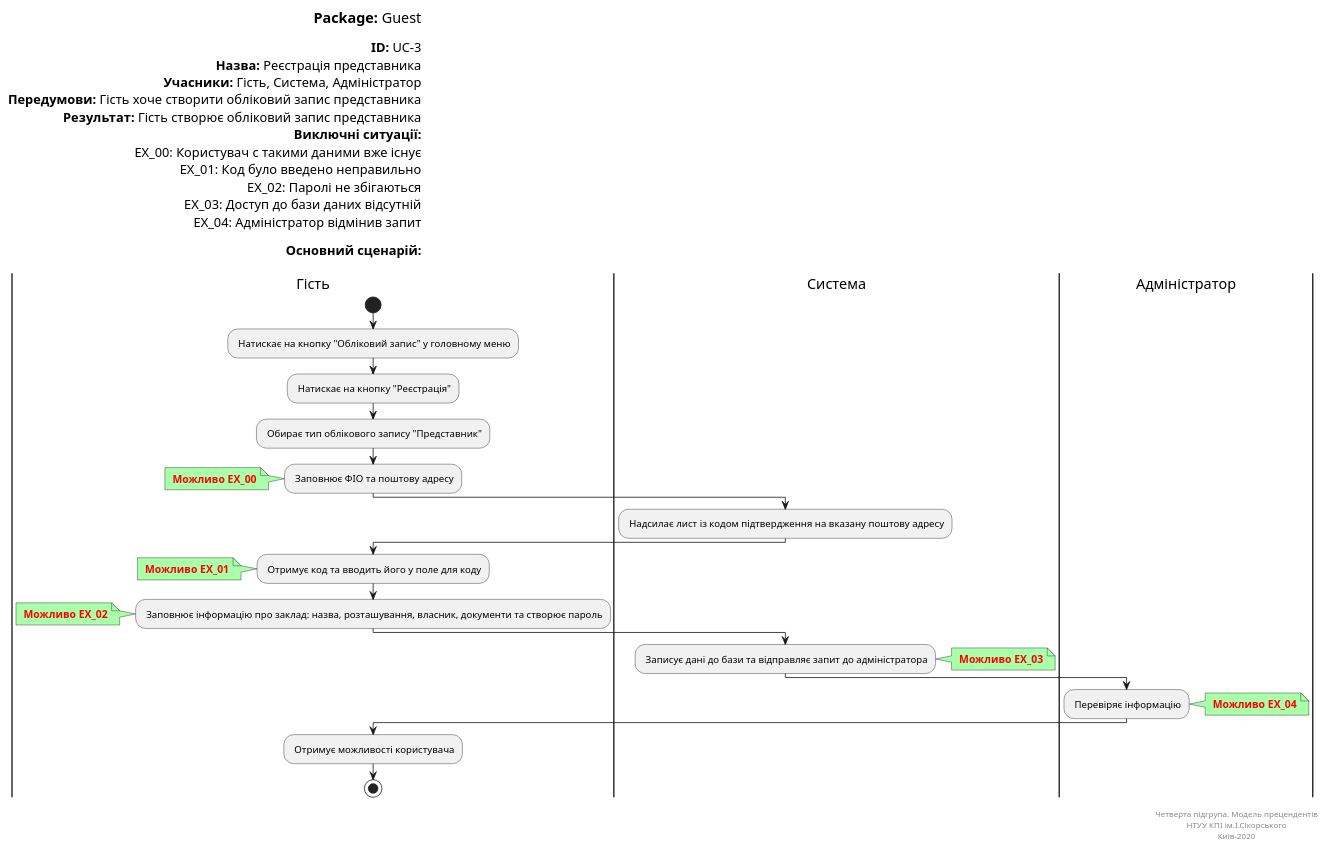
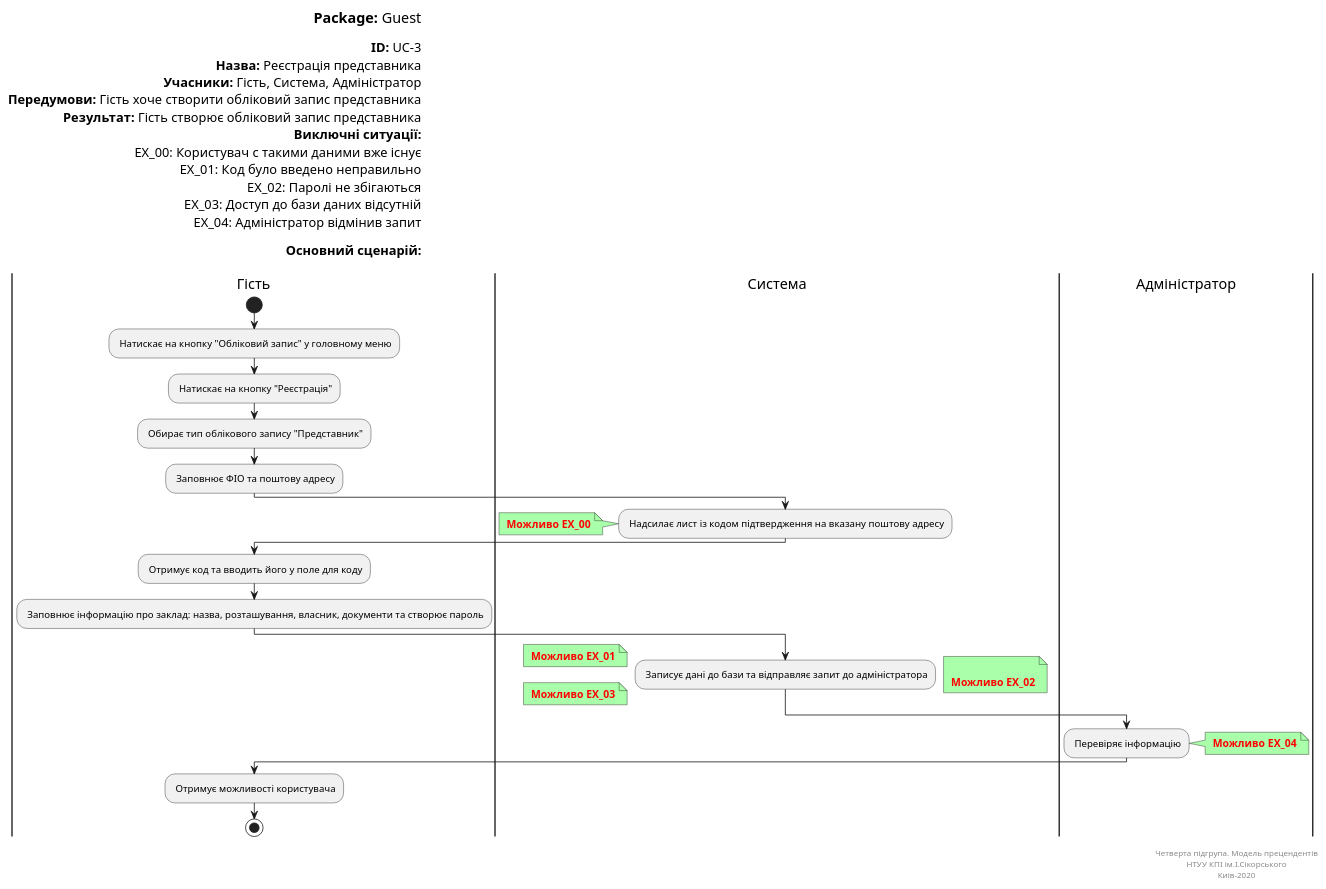
The diagram in UML/guest/Diagrams/UC3.pu (yehorbk/kpi-programming), drawn with PlantUML before and after one commit.

```diff
--- a/UML/guest/Diagrams/UC3.pu
+++ b/UML/guest/Diagrams/UC3.pu
@@ -1,66 +1,70 @@
 @startuml
 left header
 <font color=000 size=18><b>Package:</b> Guest
 
 <font color=000 size=16><b>ID:</b> UC-3
 <font color=000 size=16><b>Назва:</b> Реєстрація представника
 <font color=000 size=16><b>Учасники:</b> Гість, Система, Адміністратор
 <font color=000 size=16><b>Передумови:</b> Гість хоче створити обліковий запис представника
 <font color=000 size=16><b>Результат:</b> Гість створює обліковий запис представника
 <font color=000 size=16><b>Виключні ситуації:</b>
 <font color=000 size=16> EX_00: Користувач с такими даними вже існує
 <font color=000 size=16> EX_01: Код було введено неправильно  
 <font color=000 size=16> EX_02: Паролі не збігаються
 <font color=000 size=16> EX_03: Доступ до бази даних відсутній
 <font color=000 size=16> EX_04: Адміністратор відмінив запит
 
 <font color=000 size=16><b>Основний сценарій:</b>
 
 end header
 
 |Гість|
 start
 : Натискає на кнопку "Обліковий запис" у головному меню;
 : Натискає на кнопку "Реєстрація";
 : Обирає тип облікового запису "Представник";
 : Заповнює ФІО та поштову адресу;
+
+
+|Система|
+: Надсилає лист із кодом підтвердження на вказану поштову адресу;
 note left #aaffaa
 <font color=red><b> Можливо EX_00
 end note
 
-|Система|
-: Надсилає лист із кодом підтвердження на вказану поштову адресу;
-
 |Гість|
 : Отримує код та вводить його у поле для коду;
-note left #aaffaa
-<font color=red><b> Можливо EX_01
-end note
+
 : Заповнює інформацію про заклад: назва, розташування, власник, документи та створює пароль;
-note left #aaffaa
-<font color=red><b> Можливо EX_02
-end note
+
 
 |Система|
 : Записує дані до бази та відправляє запит до адміністратора;
 note right #aaffaa
+
+<font color=red><b> Можливо EX_02
+end note
+note left #aaffaa
+<font color=red><b> Можливо EX_01
+end note
+note left #aaffaa
 <font color=red><b> Можливо EX_03
 end note
 
 |Адміністратор|
 : Перевіряє інформацію;
 note right #aaffaa
 <font color=red><b> Можливо EX_04
 end note
 
 |Гість|
 : Отримує можливості користувача;
 stop;
 
 right footer
 
 Четверта підгрупа. Модель прецендентів
 НТУУ КПІ ім.І.Сікорського
 Киів-2020
 end footer
 @enduml
```
